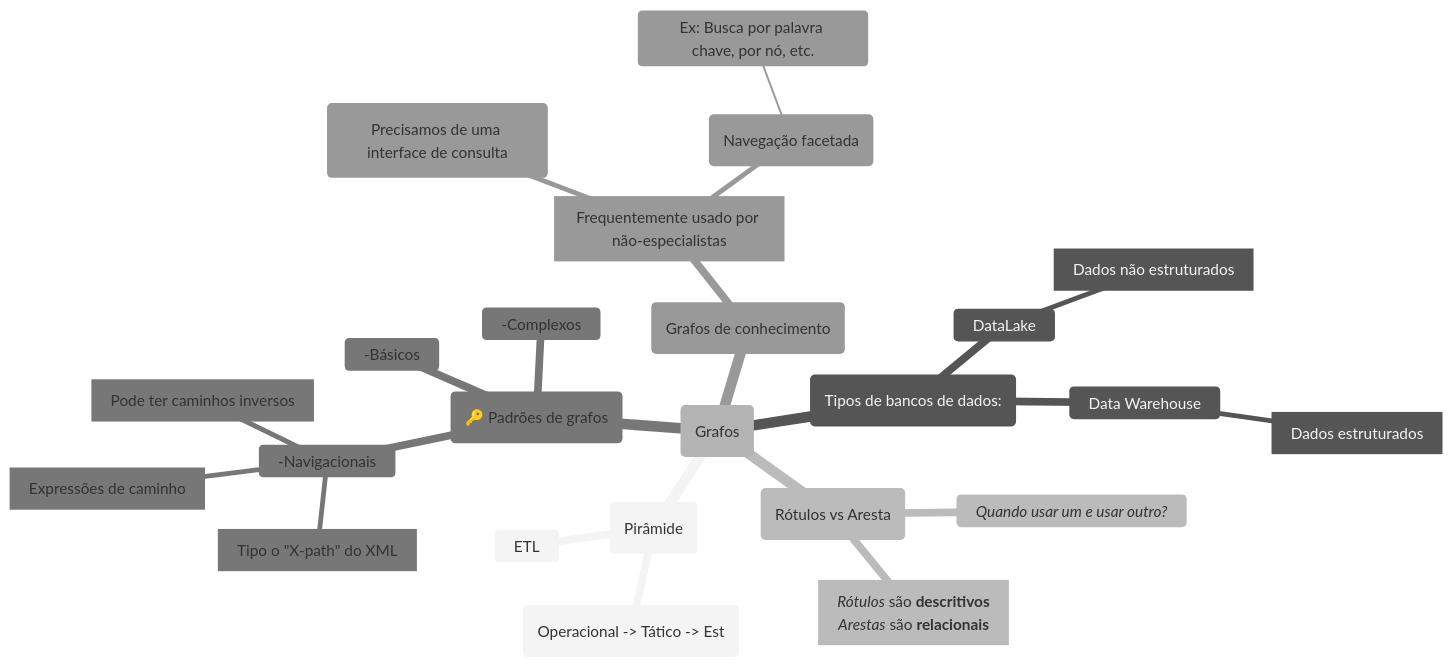
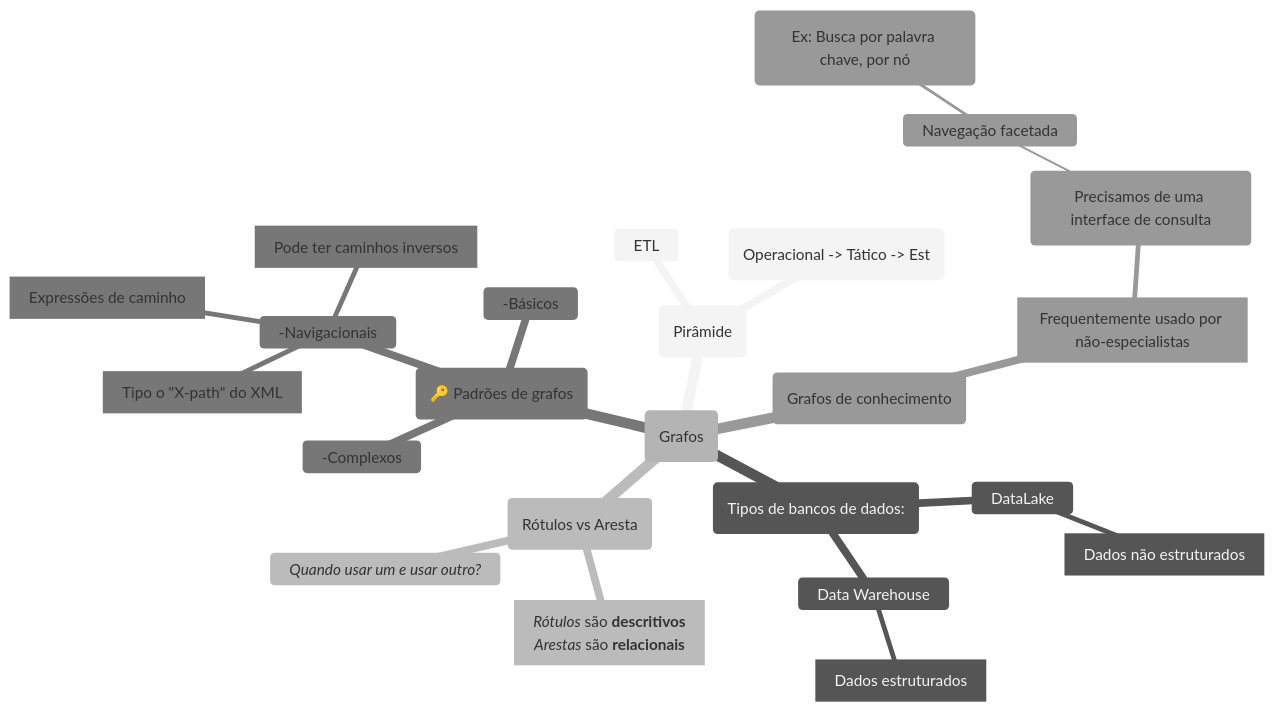
The diagram in Mestrado/Segundo Semestre/SIN5033 - Grafos de conhecimento e Ontologias/Anotações/De Aulas/Aula do dia 2026 04 08.md (Igorino/joplin-notes), drawn with Mermaid (neutral theme) before and after one commit.

Commit message:
Exported on 2026-04-08_16-07-52

````diff
--- a/Mestrado/Segundo Semestre/SIN5033 - Grafos de conhecimento e Ontologias/Anotações/De Aulas/Aula do dia 2026 04 08.md
+++ b/Mestrado/Segundo Semestre/SIN5033 - Grafos de conhecimento e Ontologias/Anotações/De Aulas/Aula do dia 2026 04 08.md
@@ -1,35 +1,35 @@
 ```mermaid
 mindmap
 	Root(Grafos)
 		(Pirâmide)
 			("Operacional -> Tático -> Est")
 			ETL
 
 		(Tipos de bancos de dados:)		
 			DataLake
 				[Dados não estruturados]
 			Data Warehouse
 				[Dados estruturados]
 
 		(Rótulos vs Aresta)
 			*Quando usar um e usar outro?*
 			[*Rótulos* são **descritivos**
 			*Arestas* são **relacionais**]
 
 		(🔑 Padrões de grafos)
 			-Básicos
 			-Complexos
 			-Navigacionais
 				[Tipo o "X-path" do XML]
 				["Expressões de caminho"]
 				[Pode ter caminhos inversos]
 
 		(Grafos de conhecimento)
 			[Frequentemente usado por não-especialistas]
 				(Precisamos de uma interface de consulta)
-				(Navegação facetada)
-					Ex: Busca por palavra chave, por nó, etc.
+					Navegação facetada
+						(Ex: Busca por palavra chave, por nó)
 
 
 			
 ```
````
